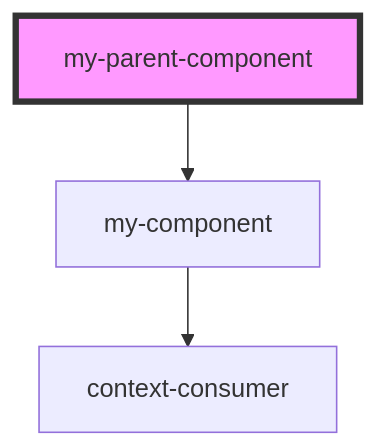
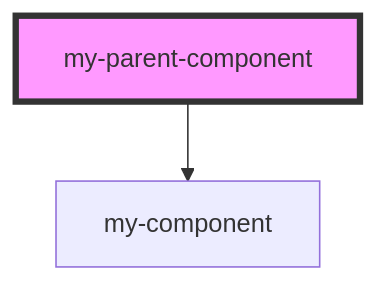
One commit to krcourville/stencil-storybook-integration changed the diagram in src/components/my-parent-component/readme.md. Above: the diagram before and after it, drawn with Mermaid. The commit also changed 22 other files, not shown here.

````diff
--- a/src/components/my-parent-component/readme.md
+++ b/src/components/my-parent-component/readme.md
@@ -15,6 +15,5 @@
 ```mermaid
 graph TD;
   my-parent-component --> my-component
-  my-component --> context-consumer
   style my-parent-component fill:#f9f,stroke:#333,stroke-width:4px
 ```
````
